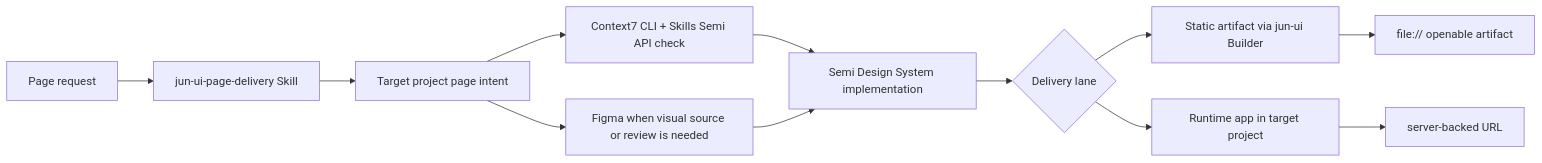
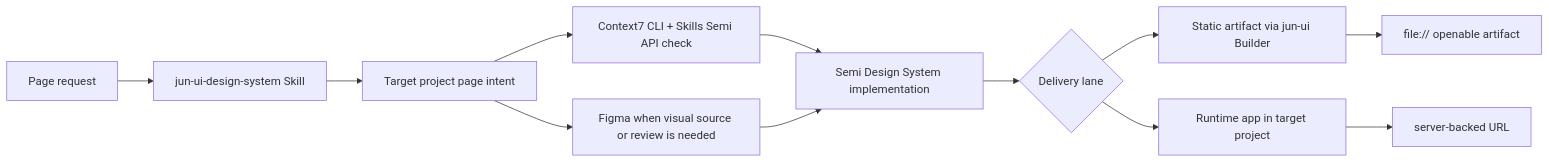
Before and after one commit to junhuangdev/jun-ui: the diagram in docs/design-system.md, drawn with Mermaid. The commit also changed other lines of this file and 19 other files, not shown here.

Commit message:
feat: rename jun-ui design system skill

````diff
--- a/docs/design-system.md
+++ b/docs/design-system.md
@@ -24,14 +24,14 @@
 ```mermaid
 flowchart LR
-  A["Page request"] --> B["jun-ui-page-delivery Skill"]
+  A["Page request"] --> B["jun-ui-design-system Skill"]
   B --> C["Target project page intent"]
   C --> D["Figma when visual source or review is needed"]
   C --> E["Context7 CLI + Skills Semi API check"]
   E --> F["Semi Design System implementation"]
   D --> F
   F --> G{"Delivery lane"}
   G --> H["Static artifact via jun-ui Builder"]
   G --> I["Runtime app in target project"]
   H --> J["file:// openable artifact"]
   I --> K["server-backed URL"]
 ```
````
